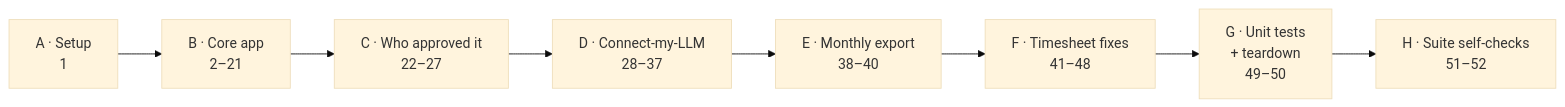
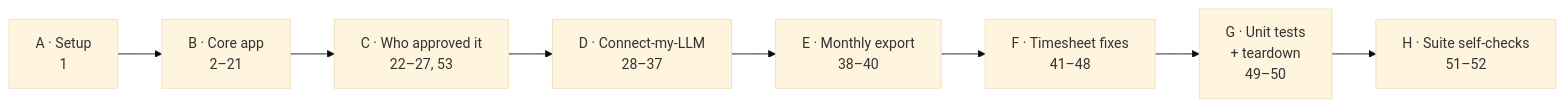
One commit to JoshNorris-Titan/titan-time-e2e changed the third of 3 diagrams in README.md. Above: the diagram before and after it, drawn with Mermaid (base theme). The commit also changed other lines of this file and 2 other files, not shown here.

````diff
--- a/README.md
+++ b/README.md
@@ -127,6 +127,6 @@
 ```mermaid
 flowchart LR
-  A["A · Setup<br/>1"] --> B["B · Core app<br/>2–21"] --> C["C · Who approved it<br/>22–27"] --> D["D · Connect-my-LLM<br/>28–37"]
+  A["A · Setup<br/>1"] --> B["B · Core app<br/>2–21"] --> C["C · Who approved it<br/>22–27, 53"] --> D["D · Connect-my-LLM<br/>28–37"]
   D --> E["E · Monthly export<br/>38–40"] --> F["F · Timesheet fixes<br/>41–48"] --> G["G · Unit tests<br/>+ teardown<br/>49–50"]
   G --> H["H · Suite self-checks<br/>51–52"]
 ```
````
